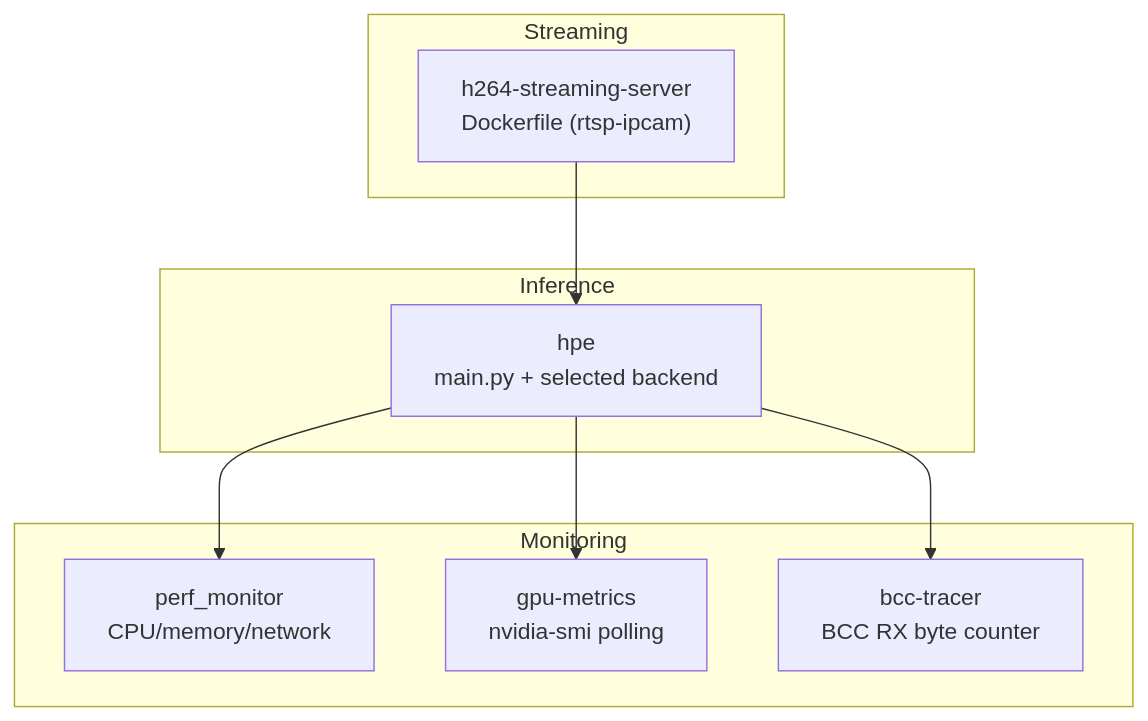
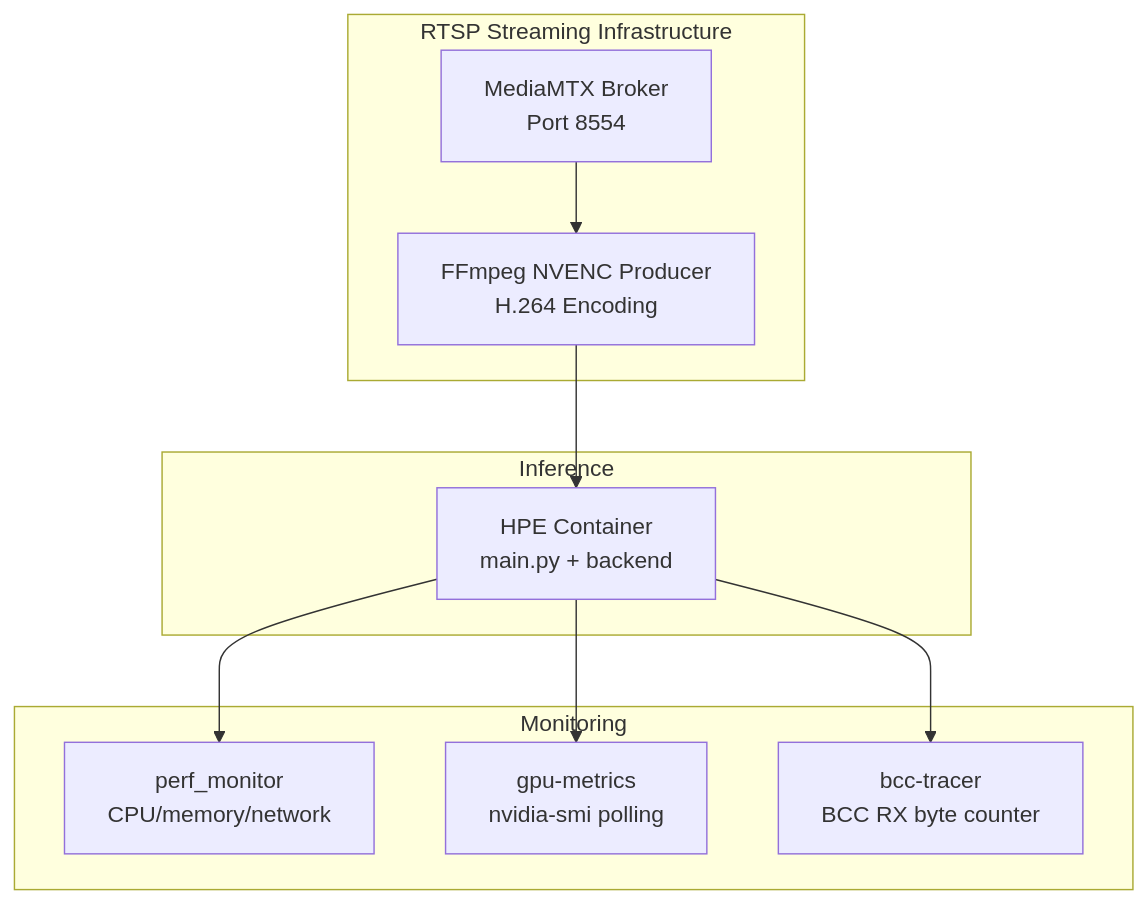
The second of 8 diagrams in .qoder/repowiki/en/content/Getting Started/Session Report 2026-05-06.md (Fogus-Gr/MeasurementsDTs), drawn with Mermaid before and after one commit. The commit also changed other lines of this file and 12 other files, not shown here.

````diff
--- a/.qoder/repowiki/en/content/Getting Started/Session Report 2026-05-06.md
+++ b/.qoder/repowiki/en/content/Getting Started/Session Report 2026-05-06.md
@@ -97,18 +112,20 @@
 ```mermaid
 graph TB
-subgraph "Streaming"
-S1["h264-streaming-server<br/>Dockerfile (rtsp-ipcam)"]
+subgraph "RTSP Streaming Infrastructure"
+S1["MediaMTX Broker<br/>Port 8554"]
+S2["FFmpeg NVENC Producer<br/>H.264 Encoding"]
 end
 subgraph "Inference"
-H1["hpe<br/>main.py + selected backend"]
+H1["HPE Container<br/>main.py + backend"]
 end
 subgraph "Monitoring"
 P1["perf_monitor<br/>CPU/memory/network"]
 G1["gpu-metrics<br/>nvidia-smi polling"]
 B1["bcc-tracer<br/>BCC RX byte counter"]
 end
-S1 --> H1
+S1 --> S2
+S2 --> H1
 H1 --> P1
 H1 --> G1
 H1 --> B1
 ```
````
